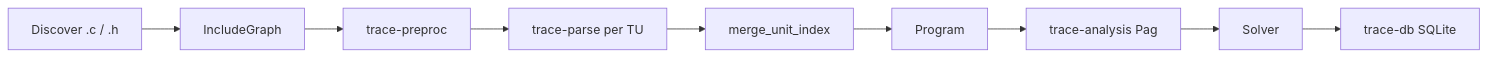
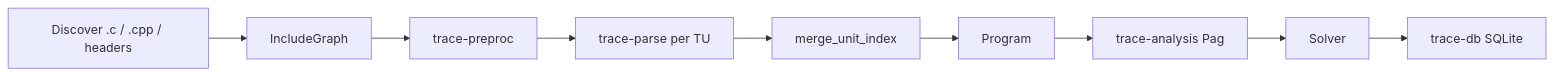
Before and after one commit to ArcsinX/pathologist: the first of 2 diagrams in docs/ARCHITECTURE.md, drawn with Mermaid. The commit also changed other lines of this file and 21 other files, not shown here.

````diff
--- a/docs/ARCHITECTURE.md
+++ b/docs/ARCHITECTURE.md
@@ -11,16 +11,16 @@
 ```mermaid
 flowchart LR
-  Discover[Discover .c / .h]
+  Discover[Discover .c / .cpp / headers]
   Graph[IncludeGraph]
   Preproc[trace-preproc]
   Parse[trace-parse per TU]
   Merge[merge_unit_index]
   IR[Program]
   PAG[trace-analysis Pag]
   Solve[Solver]
   Export[trace-db SQLite]
 
   Discover --> Graph
   Graph --> Preproc
   Preproc --> Parse --> Merge --> IR --> PAG --> Solve --> Export
 ```
````
